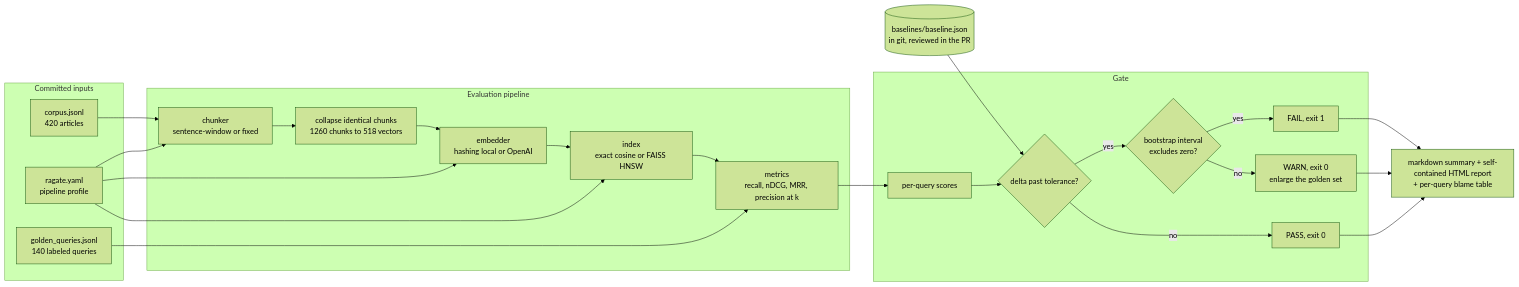
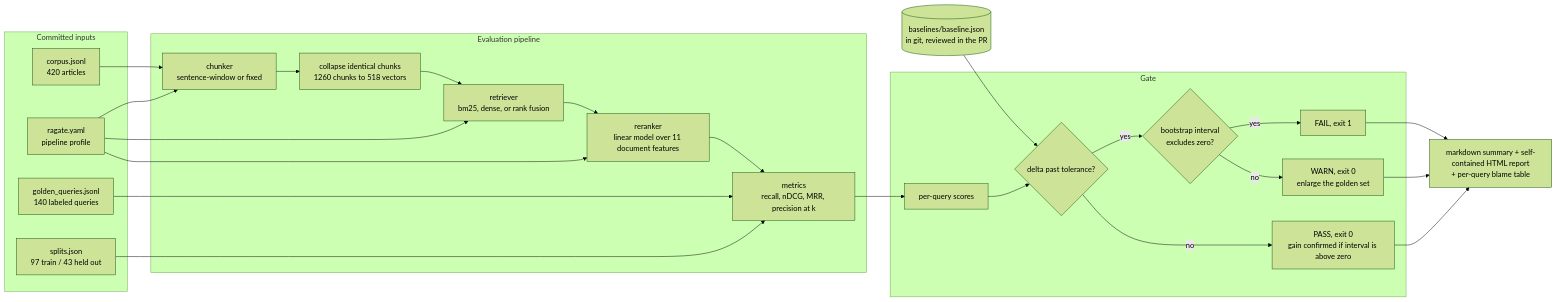
Before and after one commit to sivananda1995/Rag-regression-gate: the diagram in README.md, drawn with Mermaid (forest theme). The commit also changed other lines of this file and 8 other files, not shown here.

````diff
--- a/README.md
+++ b/README.md
@@ -45,36 +51,38 @@
 ```mermaid
 flowchart LR
   subgraph inputs[Committed inputs]
     A[corpus.jsonl<br/>420 articles]
     B[golden_queries.jsonl<br/>140 labeled queries]
+    S[splits.json<br/>97 train / 43 held out]
     C[ragate.yaml<br/>pipeline profile]
   end
 
   subgraph pipeline[Evaluation pipeline]
     D[chunker<br/>sentence-window or fixed]
     E[collapse identical chunks<br/>1260 chunks to 518 vectors]
-    F[embedder<br/>hashing local or OpenAI]
-    G[index<br/>exact cosine or FAISS HNSW]
+    F[retriever<br/>bm25, dense, or rank fusion]
+    G[reranker<br/>linear model over 11 document features]
     H[metrics<br/>recall, nDCG, MRR, precision at k]
   end
 
   subgraph decision[Gate]
     I[per-query scores]
     J{delta past tolerance?}
     K{bootstrap interval<br/>excludes zero?}
     L[FAIL, exit 1]
     M[WARN, exit 0<br/>enlarge the golden set]
-    N[PASS, exit 0]
+    N[PASS, exit 0<br/>gain confirmed if interval is above zero]
   end
 
   A --> D --> E --> F --> G --> H --> I
   B --> H
+  S --> H
   C --> D & F & G
   BASE[(baselines/baseline.json<br/>in git, reviewed in the PR)] --> J
   I --> J
   J -- no --> N
   J -- yes --> K
   K -- yes --> L
   K -- no --> M
   L & M & N --> O[markdown summary + self-contained HTML report<br/>+ per-query blame table]
 ```
````
